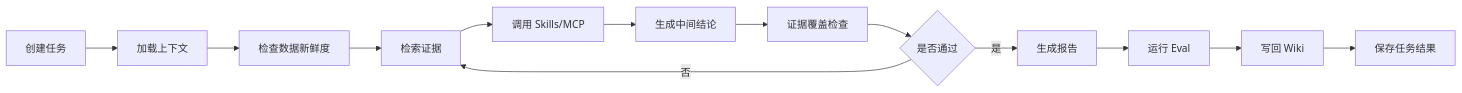
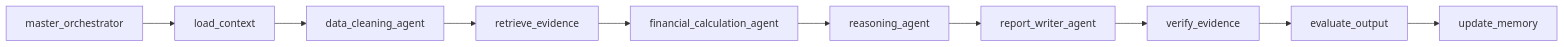
One commit to ljt-sss/A_stock_analysis_agent changed the second of 3 diagrams in README.md. Above: the diagram before and after it, drawn with Mermaid. The commit also changed other lines of this file and 11 other files, not shown here.

Commit message:
Implement supervisor agent architecture and context pipeline

````diff
--- a/README.md
+++ b/README.md
@@ -62,15 +47,12 @@
 ```mermaid
 flowchart LR
-    A["创建任务"] --> B["加载上下文"]
-    B --> C["检查数据新鲜度"]
-    C --> D["检索证据"]
-    D --> E["调用 Skills/MCP"]
-    E --> F["生成中间结论"]
-    F --> G["证据覆盖检查"]
-    G --> H{"是否通过"}
-    H -->|是| I["生成报告"]
-    H -->|否| D
-    I --> J["运行 Eval"]
-    J --> K["写回 Wiki"]
-    K --> L["保存任务结果"]
+    A["master_orchestrator"] --> B["load_context"]
+    B --> C["data_cleaning_agent"]
+    C --> D["retrieve_evidence"]
+    D --> E["financial_calculation_agent"]
+    E --> F["reasoning_agent"]
+    F --> G["report_writer_agent"]
+    G --> H["verify_evidence"]
+    H --> I["evaluate_output"]
+    I --> J["update_memory"]
 ```
````
